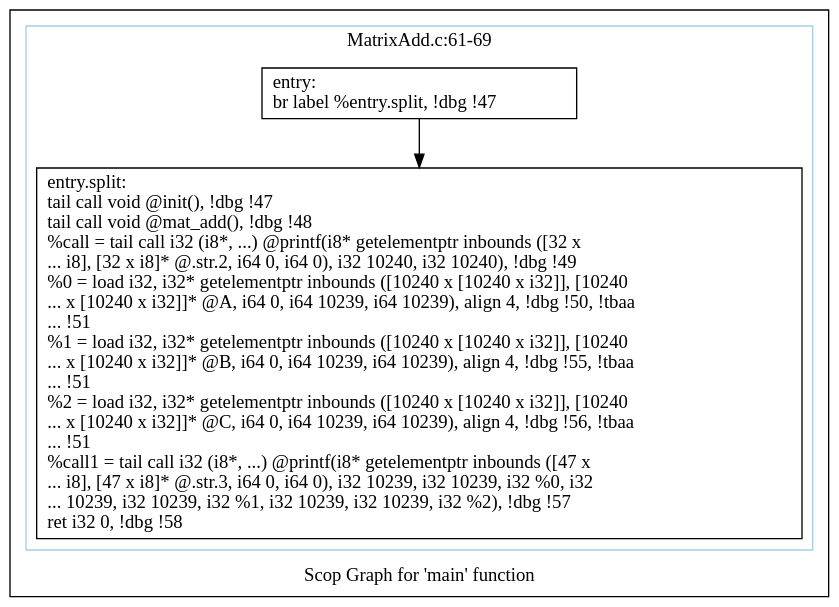
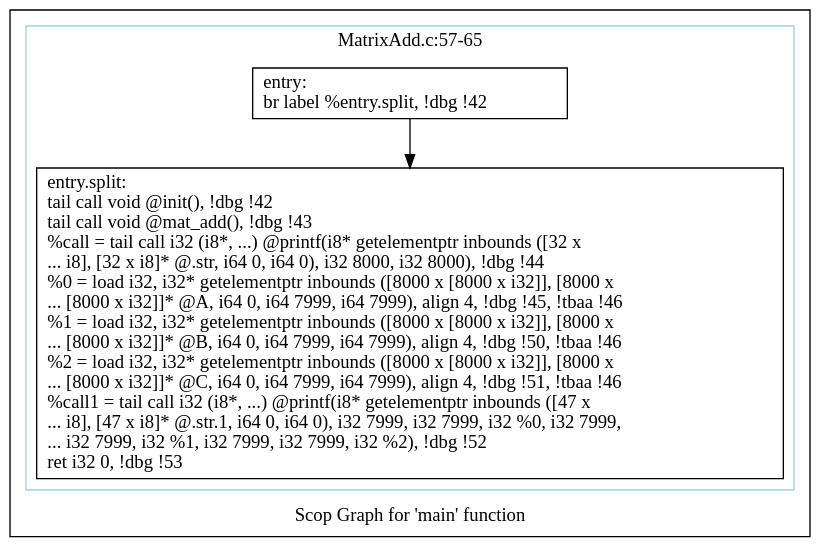
The diagram in polly/MatrixAdd/impl/handwritten/dot/scops.main.dot (samminweng/WhileyOpenCL), drawn with Graphviz before and after one commit. The commit also changed 20 other files, not shown here.

```diff
--- a/polly/MatrixAdd/impl/handwritten/dot/scops.main.dot
+++ b/polly/MatrixAdd/impl/handwritten/dot/scops.main.dot
@@ -1,16 +1,16 @@
 digraph "Scop Graph for 'main' function" {
 	label="Scop Graph for 'main' function";
 
-	Node0xa0b46a0 [shape=record,label="{entry:\l  br label %entry.split, !dbg !47\l}"];
-	Node0xa0b46a0 -> Node0xa145d50;
-	Node0xa145d50 [shape=record,label="{entry.split:                                      \l  tail call void @init(), !dbg !47\l  tail call void @mat_add(), !dbg !48\l  %call = tail call i32 (i8*, ...) @printf(i8* getelementptr inbounds ([32 x\l... i8], [32 x i8]* @.str.2, i64 0, i64 0), i32 10240, i32 10240), !dbg !49\l  %0 = load i32, i32* getelementptr inbounds ([10240 x [10240 x i32]], [10240\l... x [10240 x i32]]* @A, i64 0, i64 10239, i64 10239), align 4, !dbg !50, !tbaa\l... !51\l  %1 = load i32, i32* getelementptr inbounds ([10240 x [10240 x i32]], [10240\l... x [10240 x i32]]* @B, i64 0, i64 10239, i64 10239), align 4, !dbg !55, !tbaa\l... !51\l  %2 = load i32, i32* getelementptr inbounds ([10240 x [10240 x i32]], [10240\l... x [10240 x i32]]* @C, i64 0, i64 10239, i64 10239), align 4, !dbg !56, !tbaa\l... !51\l  %call1 = tail call i32 (i8*, ...) @printf(i8* getelementptr inbounds ([47 x\l... i8], [47 x i8]* @.str.3, i64 0, i64 0), i32 10239, i32 10239, i32 %0, i32\l... 10239, i32 10239, i32 %1, i32 10239, i32 10239, i32 %2), !dbg !57\l  ret i32 0, !dbg !58\l}"];
+	Node0xaf35740 [shape=record,label="{entry:\l  br label %entry.split, !dbg !42\l}"];
+	Node0xaf35740 -> Node0xae95740;
+	Node0xae95740 [shape=record,label="{entry.split:                                      \l  tail call void @init(), !dbg !42\l  tail call void @mat_add(), !dbg !43\l  %call = tail call i32 (i8*, ...) @printf(i8* getelementptr inbounds ([32 x\l... i8], [32 x i8]* @.str, i64 0, i64 0), i32 8000, i32 8000), !dbg !44\l  %0 = load i32, i32* getelementptr inbounds ([8000 x [8000 x i32]], [8000 x\l... [8000 x i32]]* @A, i64 0, i64 7999, i64 7999), align 4, !dbg !45, !tbaa !46\l  %1 = load i32, i32* getelementptr inbounds ([8000 x [8000 x i32]], [8000 x\l... [8000 x i32]]* @B, i64 0, i64 7999, i64 7999), align 4, !dbg !50, !tbaa !46\l  %2 = load i32, i32* getelementptr inbounds ([8000 x [8000 x i32]], [8000 x\l... [8000 x i32]]* @C, i64 0, i64 7999, i64 7999), align 4, !dbg !51, !tbaa !46\l  %call1 = tail call i32 (i8*, ...) @printf(i8* getelementptr inbounds ([47 x\l... i8], [47 x i8]* @.str.1, i64 0, i64 0), i32 7999, i32 7999, i32 %0, i32 7999,\l... i32 7999, i32 %1, i32 7999, i32 7999, i32 %2), !dbg !52\l  ret i32 0, !dbg !53\l}"];
 	colorscheme = "paired12"
-        subgraph cluster_0xa0aed40 {
-          label = "MatrixAdd.c:61-69
+        subgraph cluster_0xaf6d1f0 {
+          label = "MatrixAdd.c:57-65
 ";
           style = solid;
           color = 1
-          Node0xa0b46a0;
-          Node0xa145d50;
+          Node0xaf35740;
+          Node0xae95740;
         }
 }
```
